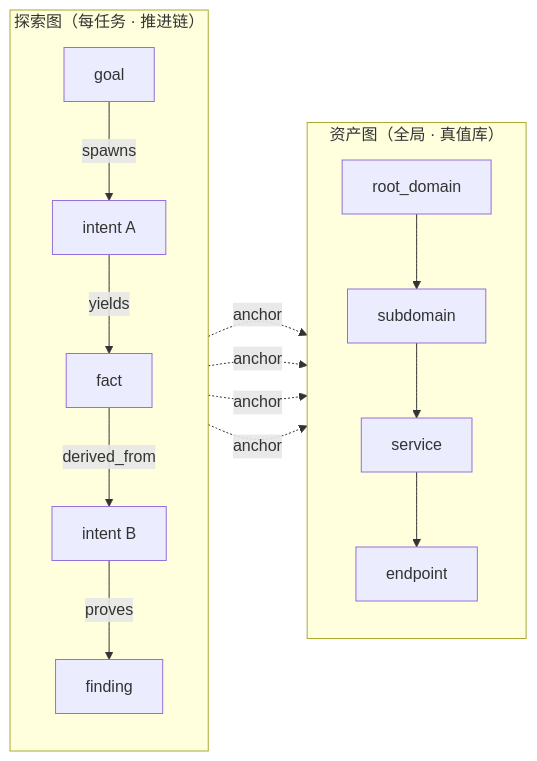
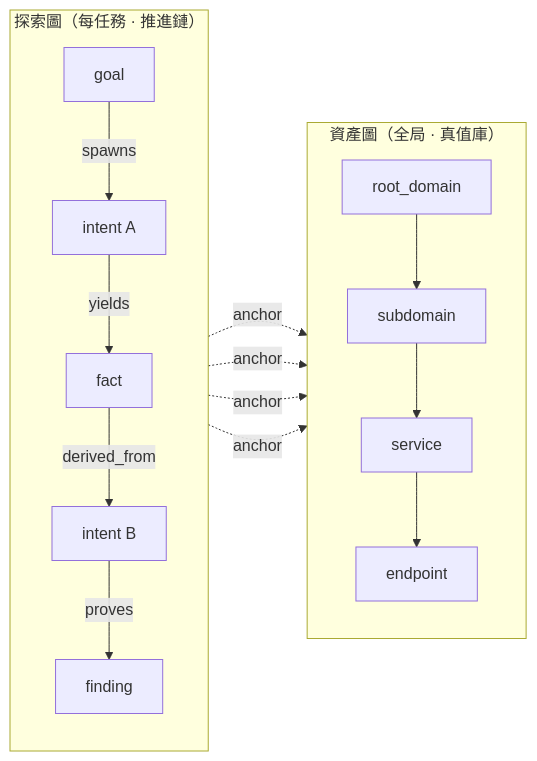
Before and after one commit to sebastian93921/ARTIFEX: the second of 5 diagrams in README_zh.md, drawn with Mermaid. The commit also changed other lines of this file and 1 other file, not shown here.

````diff
--- a/README_zh.md
+++ b/README_zh.md
@@ -357,27 +357,27 @@
 ```mermaid
 flowchart LR
-  subgraph EG["探索图（每任务 · 推进链）"]
+  subgraph EG["探索圖（每任務 · 推進鏈）"]
     direction TB
     G["goal"]
     I1["intent A"]
     F1["fact"]
     I2["intent B"]
     FD["finding"]
     G -->|spawns| I1
     I1 -->|yields| F1
     F1 -->|derived_from| I2
     I2 -->|proves| FD
   end
-  subgraph AG["资产图（全局 · 真值库）"]
+  subgraph AG["資產圖（全局 · 真值庫）"]
     direction TB
     RD["root_domain"]
     SD["subdomain"]
     SV["service"]
     EP["endpoint"]
     RD --> SD --> SV --> EP
   end
   I1 -. anchor .-> SD
   F1 -. anchor .-> SV
   I2 -. anchor .-> EP
   FD -. anchor .-> EP
 ```
````
